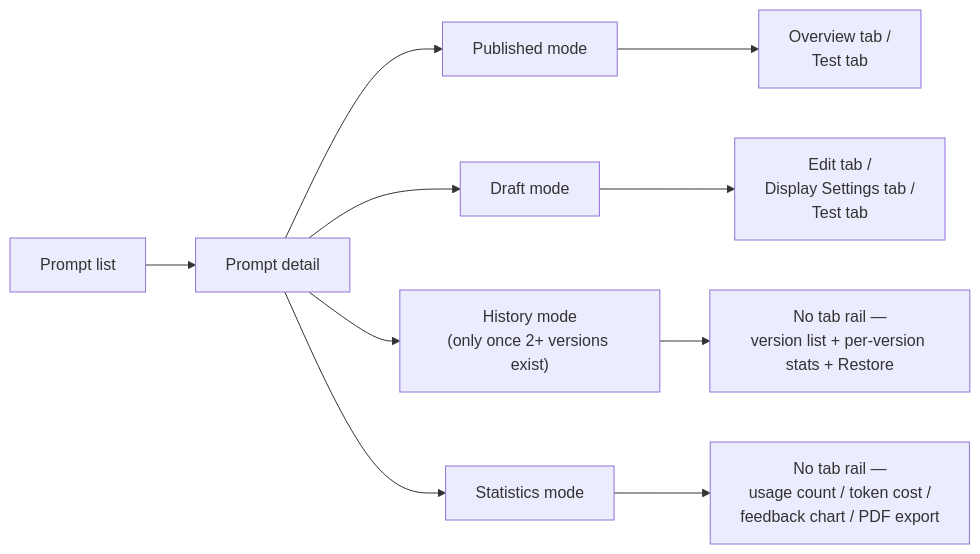
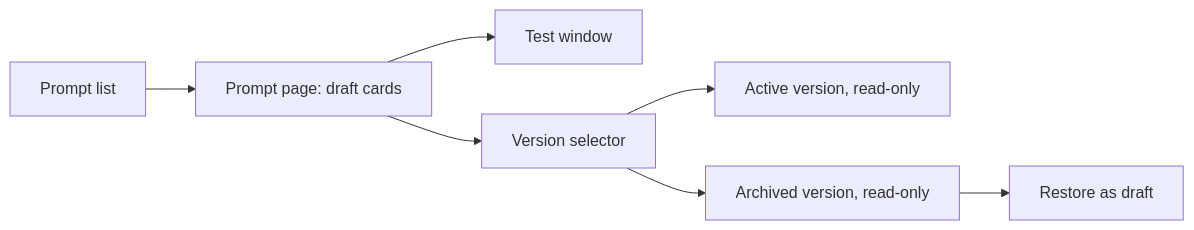
One commit to Uxopian/uxodocs changed the diagram in docs/uxopian-ai/admin/managing_prompts.md. Above: the diagram before and after it, drawn with Mermaid. The commit also changed other lines of this file and 35 other files, not shown here.

````diff
--- a/docs/uxopian-ai/admin/managing_prompts.md
+++ b/docs/uxopian-ai/admin/managing_prompts.md
@@ -47,12 +47,9 @@
 ```mermaid
 graph LR
-    A[Prompt list] --> B[Prompt detail]
-    B --> P[Published mode]
-    B --> D[Draft mode]
-    B --> H["History mode<br/>(only once 2+ versions exist)"]
-    B --> S[Statistics mode]
-    P --> P1["Overview tab /<br/>Test tab"]
-    D --> D1["Edit tab /<br/>Display Settings tab /<br/>Test tab"]
-    H --> H1["No tab rail —<br/>version list + per-version stats + Restore"]
-    S --> S1["No tab rail —<br/>usage count / token cost /<br/>feedback chart / PDF export"]
+    A[Prompt list] --> B[Prompt page: draft cards]
+    B --> T[Test window]
+    B --> V[Version selector]
+    V --> P[Active version, read-only]
+    V --> H[Archived version, read-only]
+    H --> R[Restore as draft]
 ```
````
